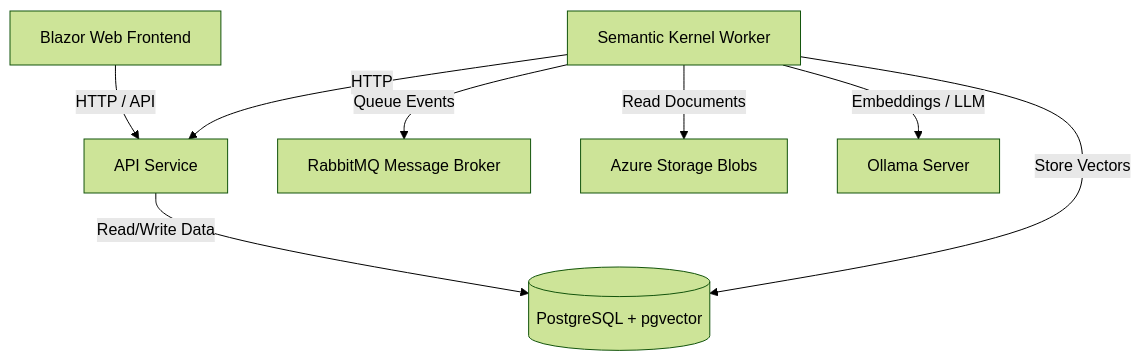
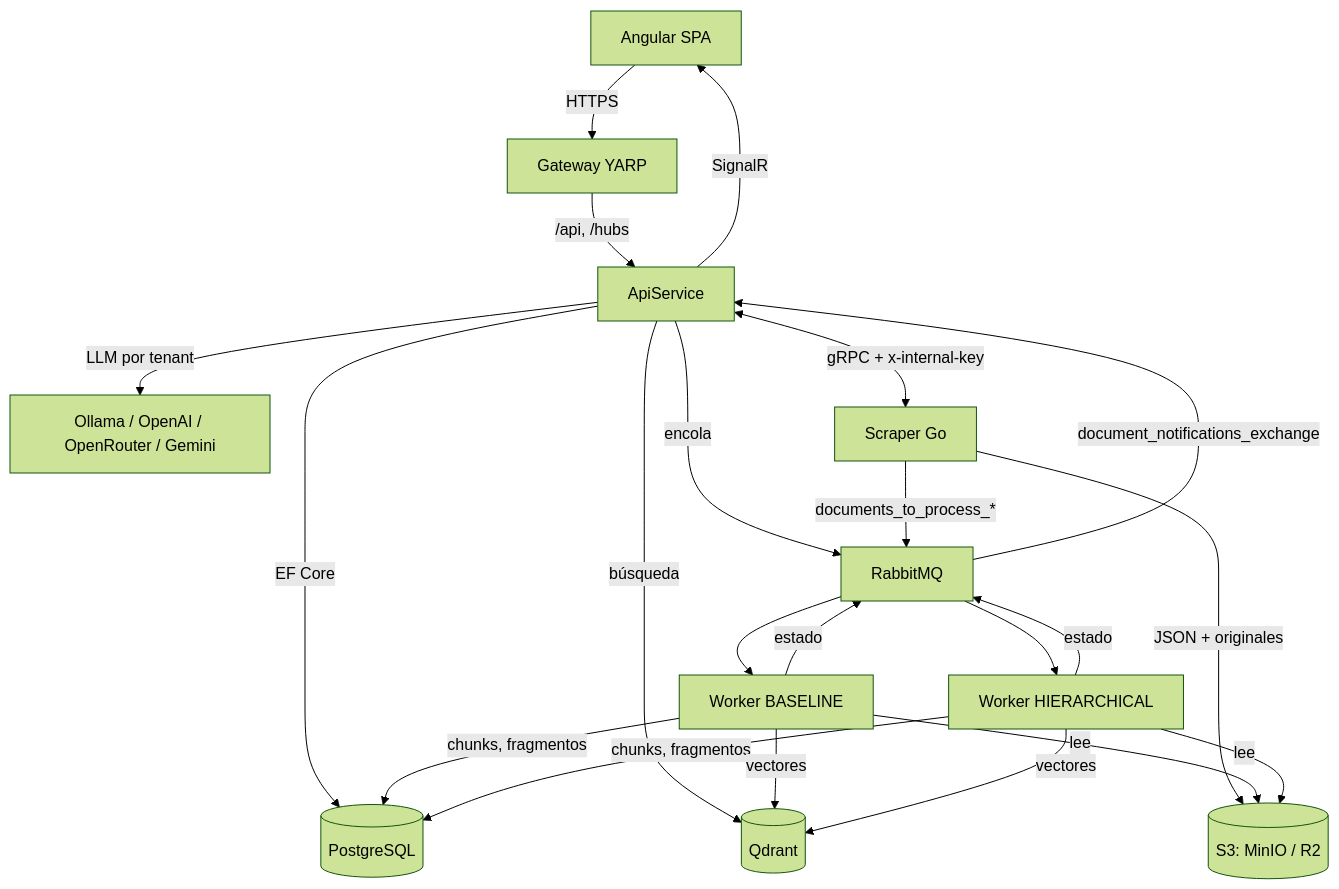
Before and after one commit to TempooDev/asistente-ayuntamiento: the diagram in docs/architecture.md, drawn with Mermaid (forest theme). The commit also changed other lines of this file and 10 other files, not shown here.

````diff
--- a/docs/architecture.md
+++ b/docs/architecture.md
@@ -5,10 +5,20 @@
 ```mermaid
 graph TD
-    Web[Blazor Web Frontend] -->|HTTP / API| API[API Service]
-    Worker[Semantic Kernel Worker] -->|HTTP| API
-    Worker -->|Queue Events| RabbitMQ[RabbitMQ Message Broker]
-    Worker -->|Read Documents| Blobs[Azure Storage Blobs]
-    Worker -->|Embeddings / LLM| Ollama[Ollama Server]
-    API -->|Read/Write Data| Postgres[(PostgreSQL + pgvector)]
-    Worker -->|Store Vectors| Postgres
+    SPA[Angular SPA] -->|HTTPS| GW[Gateway YARP]
+    GW -->|/api, /hubs| API[ApiService]
+    API -->|EF Core| PG[(PostgreSQL)]
+    API -->|búsqueda| QD[(Qdrant)]
+    API -->|LLM por tenant| LLM[Ollama / OpenAI / OpenRouter / Gemini]
+    API -->|encola| MQ[RabbitMQ]
+    API <-->|gRPC + x-internal-key| GO[Scraper Go]
+    GO -->|JSON + originales| S3[(S3: MinIO / R2)]
+    GO -->|documents_to_process_*| MQ
+    MQ --> WB[Worker BASELINE]
+    MQ --> WH[Worker HIERARCHICAL]
+    WB & WH -->|lee| S3
+    WB & WH -->|chunks, fragmentos| PG
+    WB & WH -->|vectores| QD
+    WB & WH -->|estado| MQ
+    MQ -->|document_notifications_exchange| API
+    API -->|SignalR| SPA
 ```
````
